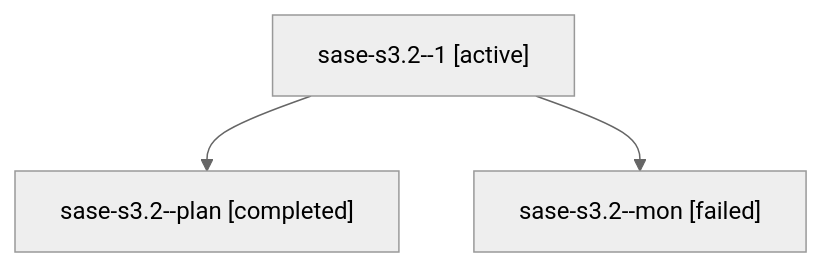
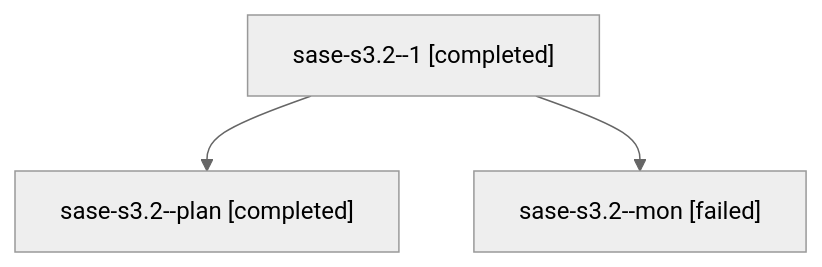
The diagram in families/bbugyi200.athena.sase-s3.2.md (sase-org/sase--agents), drawn with Mermaid (neutral theme) before and after one commit. The commit also changed other lines of this file and 26 other files, not shown here.

````diff
--- a/families/bbugyi200.athena.sase-s3.2.md
+++ b/families/bbugyi200.athena.sase-s3.2.md
@@ -9,8 +9,8 @@
 ```mermaid
 flowchart TD
-  n0["sase-s3.2--1 [active]"]
+  n0["sase-s3.2--1 [completed]"]
   n1["sase-s3.2--plan [completed]"]
   n0 --> n1
   n2["sase-s3.2--mon [failed]"]
   n0 --> n2
 ```
````
